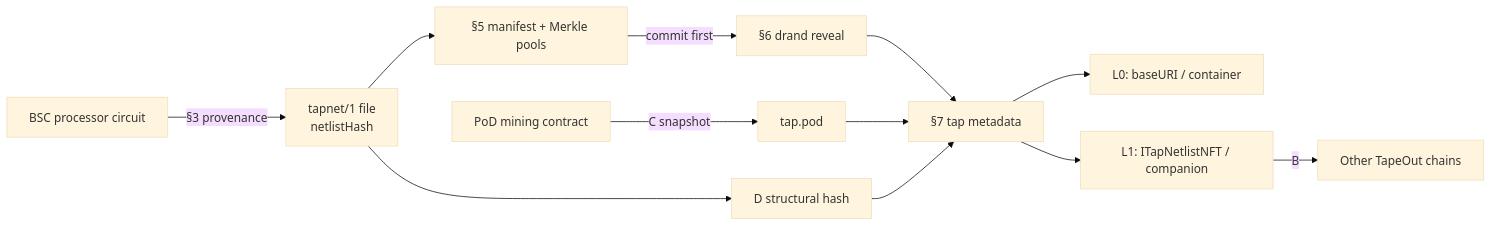
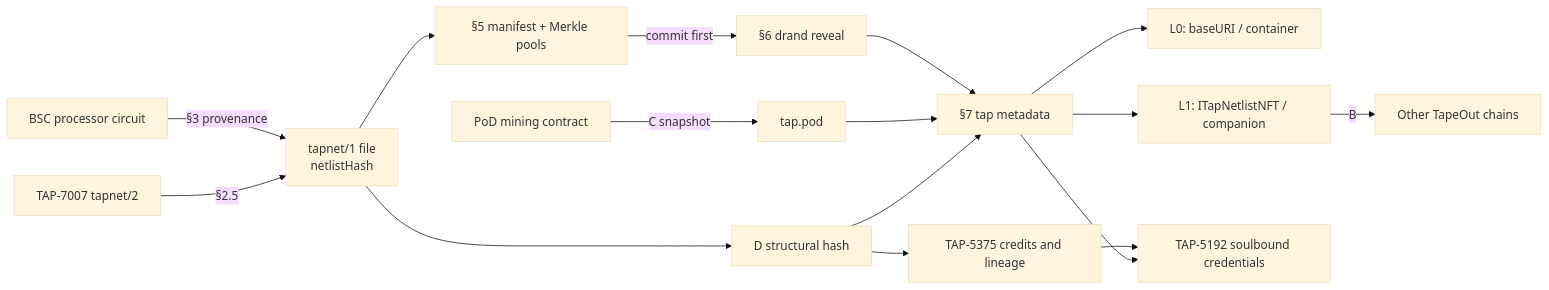
Before and after one commit to BruceLanLan/TAP-721: the second of 2 diagrams in README.md, drawn with Mermaid (base theme). The commit also changed other lines of this file and 15 other files, not shown here.

````diff
--- a/README.md
+++ b/README.md
@@ -199,14 +238,18 @@
 ```mermaid
 flowchart LR
   P["BSC processor circuit"] -->|"§3 provenance"| F["tapnet/1 file<br/>netlistHash"]
   F --> D["D structural hash"]
   M["PoD mining contract"] -->|"C snapshot"| POD["tap.pod"]
   F --> MAN["§5 manifest + Merkle pools"]
   MAN -->|"commit first"| R["§6 drand reveal"]
   R --> META["§7 tap metadata"]
   POD --> META
   D --> META
   META --> L0["L0: baseURI / container"]
   META --> L1["L1: ITapNetlistNFT / companion"]
   L1 -->|"B"| X["Other TapeOut chains"]
+  LN["TAP-7007 tapnet/2"] -->|"§2.5"| F
+  D --> DC["TAP-5375 credits and lineage"]
+  DC --> SB["TAP-5192 soulbound credentials"]
+  META --> SB
 ```
````
